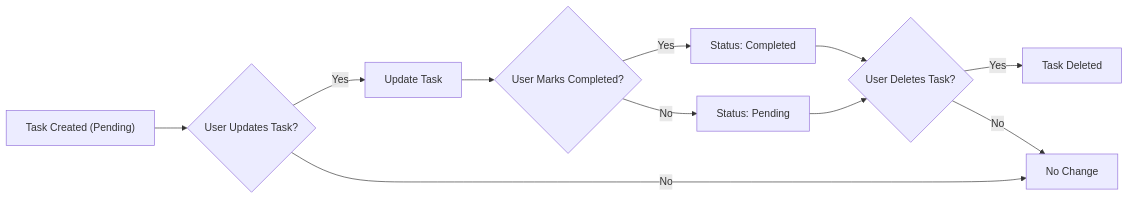
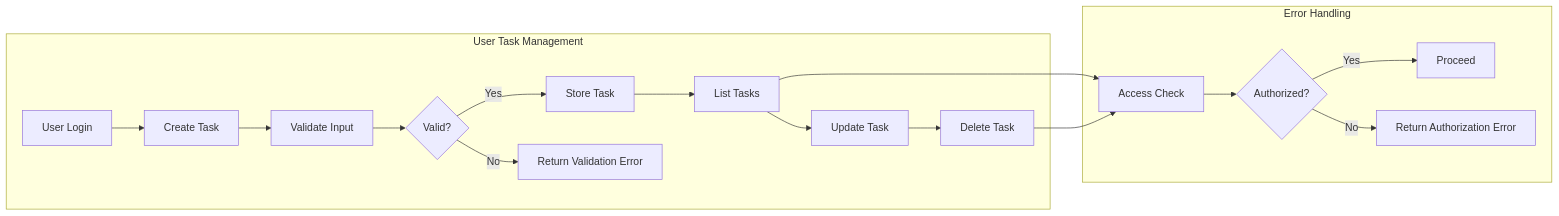
The diagram in openai/gpt-4.1-mini/todo/docs/analysis/03-functional-requirements.md (wrtnlabs/autobe-examples), drawn with Mermaid before and after one commit. The commit also changed other lines of this file and 16146 other files, not shown here.

````diff
--- a/openai/gpt-4.1-mini/todo/docs/analysis/03-functional-requirements.md
+++ b/openai/gpt-4.1-mini/todo/docs/analysis/03-functional-requirements.md
@@ -67,13 +65,22 @@
 ```mermaid
 graph LR
-  A["Task Created (Pending)"] --> B{"User Updates Task?"}
-  B -->|"Yes"| C["Update Task"]
-  B -->|"No"| D["No Change"]
-  C --> E{"User Marks Completed?"}
-  E -->|"Yes"| F["Status: Completed"]
-  E -->|"No"| G["Status: Pending"]
-  F --> H{"User Deletes Task?"}
-  G --> H
-  H -->|"Yes"| I["Task Deleted"]
-  H -->|"No"| D
+  subgraph "User Task Management"
+    A["User Login"] --> B["Create Task"]
+    B --> C["Validate Input"]
+    C --> D{"Valid?"}
+    D -->|"Yes"| E["Store Task"]
+    D -->|"No"| F["Return Validation Error"]
+    E --> G["List Tasks"]
+    G --> H["Update Task"]
+    H --> I["Delete Task"]
+  end
+
+  subgraph "Error Handling"
+    J["Access Check"] --> K{"Authorized?"}
+    K -->|"Yes"| L["Proceed"]
+    K -->|"No"| M["Return Authorization Error"]
+  end
+
+  G --> J
+  I --> J
 ```
````
